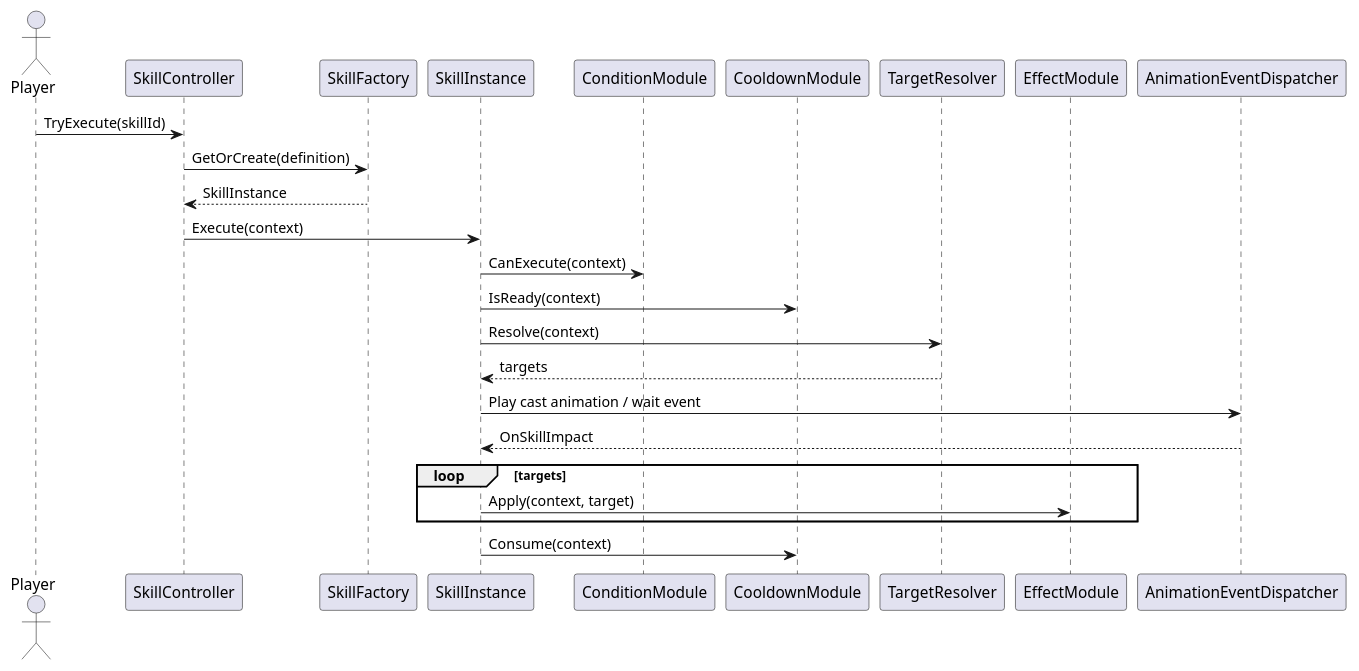
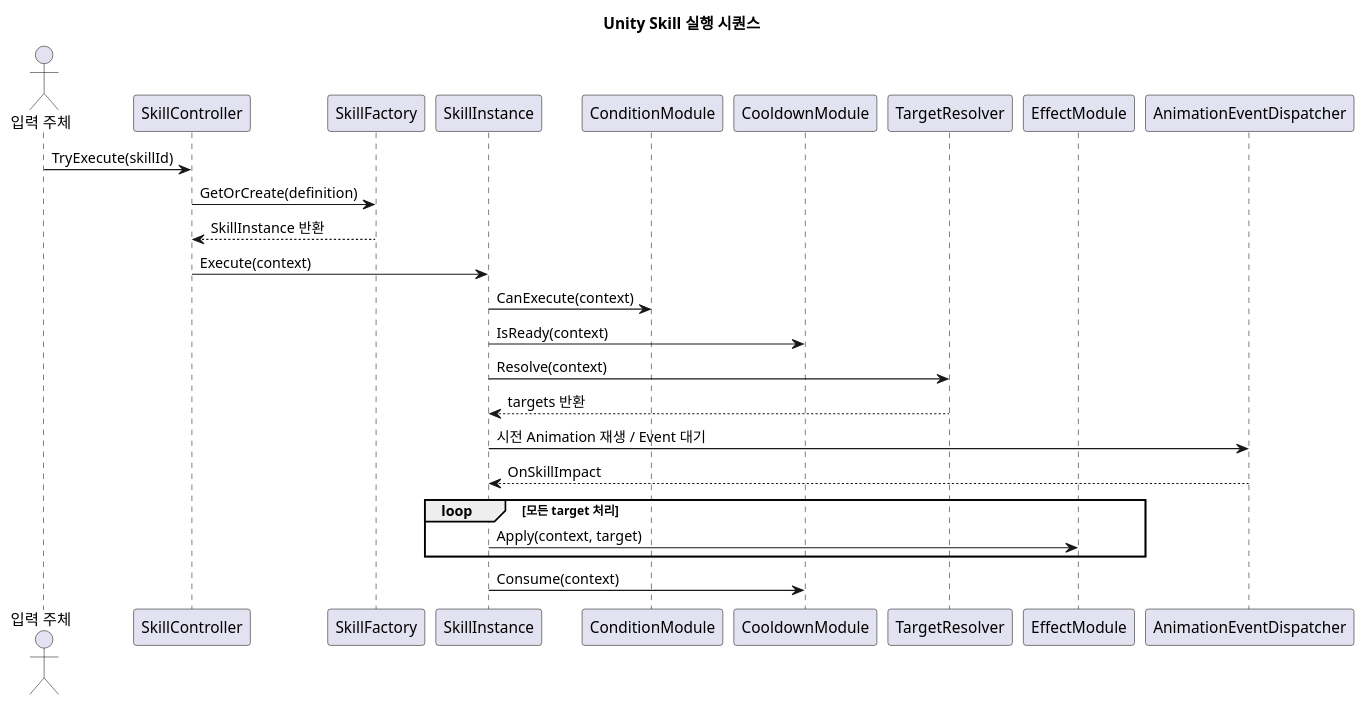
One commit to starkshn/md-docs changed the diagram in shared/uml/SkillExecutionSequence.puml. Above: the diagram before and after it, drawn with PlantUML. The commit also changed 24 other files, not shown here.

Commit message:
docs: localize PlantUML labels to Korean

```diff
--- a/shared/uml/SkillExecutionSequence.puml
+++ b/shared/uml/SkillExecutionSequence.puml
@@ -1,26 +1,28 @@
 @startuml
-actor Player
+title Unity Skill 실행 시퀀스
+
+actor Player as "입력 주체"
 participant SkillController
 participant SkillFactory
 participant SkillInstance
 participant ConditionModule
 participant CooldownModule
 participant TargetResolver
 participant EffectModule
 participant AnimationEventDispatcher
 
 Player -> SkillController : TryExecute(skillId)
 SkillController -> SkillFactory : GetOrCreate(definition)
-SkillFactory --> SkillController : SkillInstance
+SkillFactory --> SkillController : SkillInstance 반환
 SkillController -> SkillInstance : Execute(context)
 SkillInstance -> ConditionModule : CanExecute(context)
 SkillInstance -> CooldownModule : IsReady(context)
 SkillInstance -> TargetResolver : Resolve(context)
-TargetResolver --> SkillInstance : targets
-SkillInstance -> AnimationEventDispatcher : Play cast animation / wait event
+TargetResolver --> SkillInstance : targets 반환
+SkillInstance -> AnimationEventDispatcher : 시전 Animation 재생 / Event 대기
 AnimationEventDispatcher --> SkillInstance : OnSkillImpact
-loop targets
+loop 모든 target 처리
   SkillInstance -> EffectModule : Apply(context, target)
 end
 SkillInstance -> CooldownModule : Consume(context)
 @enduml
```
